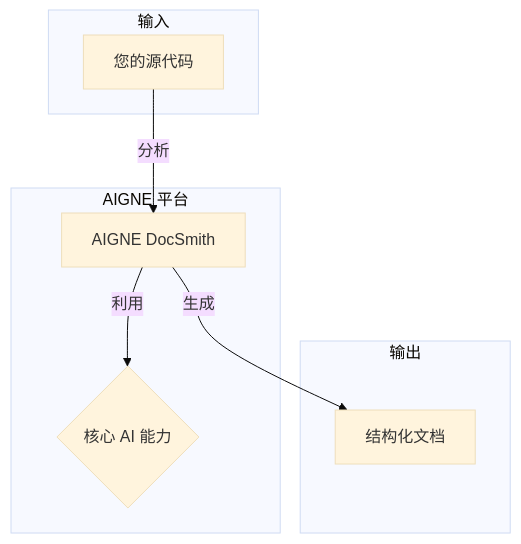
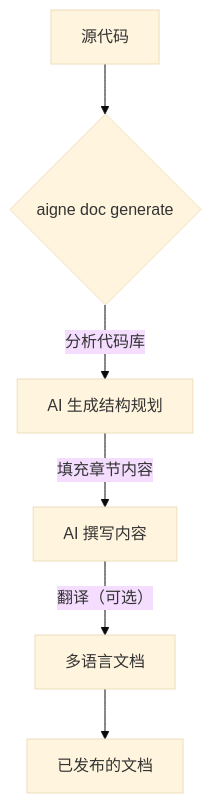
Before and after one commit to AIGNE-io/aigne-doc-smith: the diagram in docs/overview.zh.md, drawn with Mermaid (base theme). The commit also changed other lines of this file and 30 other files, not shown here.

````diff
--- a/docs/overview.zh.md
+++ b/docs/overview.zh.md
@@ -17,19 +30,8 @@
 ```mermaid
-flowchart TD
-    subgraph "输入"
-        A["您的源代码"]
-    end
-
-    subgraph "AIGNE 平台"
-        B["AIGNE DocSmith"]
-        C{"核心 AI 能力"}
-    end
-
-    subgraph "输出"
-        D["结构化文档"]
-    end
-
-    A -- "分析" --> B
-    B -- "利用" --> C
-    B -- "生成" --> D
+graph TD;
+    A["源代码"] --> B{"aigne doc generate"};
+    B -- "分析代码库" --> C["AI 生成结构规划"];
+    C -- "填充章节内容" --> D["AI 撰写内容"];
+    D -- "翻译（可选）" --> E["多语言文档"];
+    E --> F["已发布的文档"];
 ```
````
